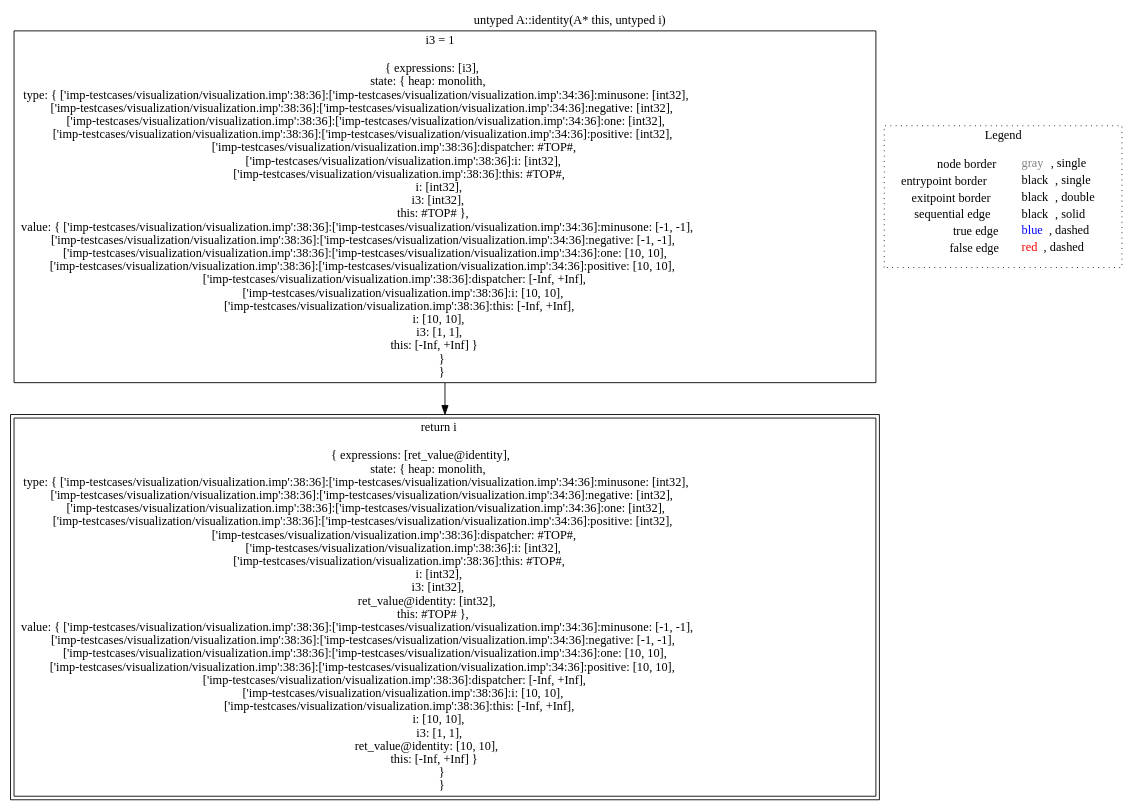
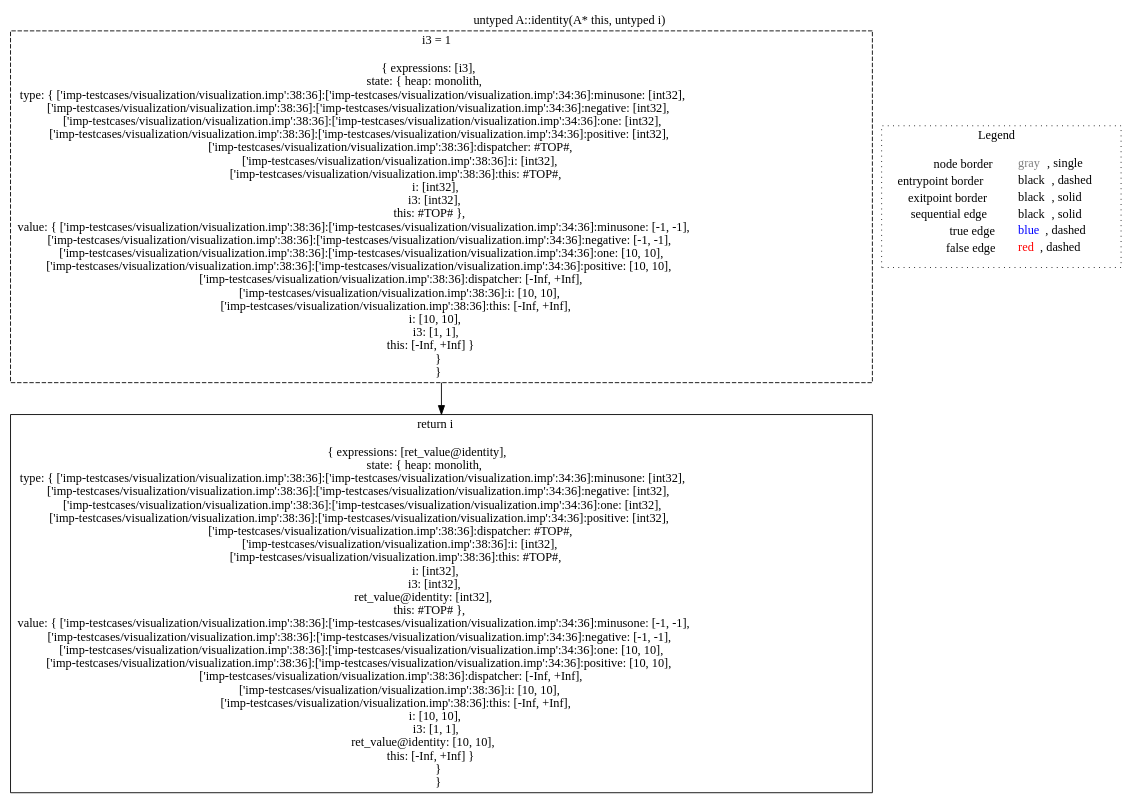
Before and after one commit to lisa-analyzer/lisa: the diagram in lisa/lisa-analyses/imp-testcases/visualization/dot/untyped_A.identity(A__this,_untyped_i)_-1081452707.dot, drawn with Graphviz. The commit also changed 60 other files, not shown here.

```diff
--- a/lisa/lisa-analyses/imp-testcases/visualization/dot/untyped_A.identity(A__this,_untyped_i)_-1081452707.dot
+++ b/lisa/lisa-analyses/imp-testcases/visualization/dot/untyped_A.identity(A__this,_untyped_i)_-1081452707.dot
@@ -1,14 +1,12 @@
-digraph {
-	labelloc="t";
-	label="untyped A::identity(A* this, untyped i)";
-	"node0" [shape="rect",color="black",label=<i3 = 1<BR/><BR/>{ expressions: [i3],<BR/>state: { heap: monolith,<BR/>type: { ['imp-testcases/visualization/visualization.imp':38:36]:['imp-testcases/visualization/visualization.imp':34:36]:minusone: [int32],<BR/>['imp-testcases/visualization/visualization.imp':38:36]:['imp-testcases/visualization/visualization.imp':34:36]:negative: [int32],<BR/>['imp-testcases/visualization/visualization.imp':38:36]:['imp-testcases/visualization/visualization.imp':34:36]:one: [int32],<BR/>['imp-testcases/visualization/visualization.imp':38:36]:['imp-testcases/visualization/visualization.imp':34:36]:positive: [int32],<BR/>['imp-testcases/visualization/visualization.imp':38:36]:dispatcher: #TOP#,<BR/>['imp-testcases/visualization/visualization.imp':38:36]:i: [int32],<BR/>['imp-testcases/visualization/visualization.imp':38:36]:this: #TOP#,<BR/>i: [int32],<BR/>i3: [int32],<BR/>this: #TOP# },<BR/>value: { ['imp-testcases/visualization/visualization.imp':38:36]:['imp-testcases/visualization/visualization.imp':34:36]:minusone: [-1, -1],<BR/>['imp-testcases/visualization/visualization.imp':38:36]:['imp-testcases/visualization/visualization.imp':34:36]:negative: [-1, -1],<BR/>['imp-testcases/visualization/visualization.imp':38:36]:['imp-testcases/visualization/visualization.imp':34:36]:one: [10, 10],<BR/>['imp-testcases/visualization/visualization.imp':38:36]:['imp-testcases/visualization/visualization.imp':34:36]:positive: [10, 10],<BR/>['imp-testcases/visualization/visualization.imp':38:36]:dispatcher: [-Inf, +Inf],<BR/>['imp-testcases/visualization/visualization.imp':38:36]:i: [10, 10],<BR/>['imp-testcases/visualization/visualization.imp':38:36]:this: [-Inf, +Inf],<BR/>i: [10, 10],<BR/>i3: [1, 1],<BR/>this: [-Inf, +Inf] }<BR/> }<BR/> }<BR/>>];
-	"node3" [shape="rect",color="black",peripheries="2",label=<return i<BR/><BR/>{ expressions: [ret_value@identity],<BR/>state: { heap: monolith,<BR/>type: { ['imp-testcases/visualization/visualization.imp':38:36]:['imp-testcases/visualization/visualization.imp':34:36]:minusone: [int32],<BR/>['imp-testcases/visualization/visualization.imp':38:36]:['imp-testcases/visualization/visualization.imp':34:36]:negative: [int32],<BR/>['imp-testcases/visualization/visualization.imp':38:36]:['imp-testcases/visualization/visualization.imp':34:36]:one: [int32],<BR/>['imp-testcases/visualization/visualization.imp':38:36]:['imp-testcases/visualization/visualization.imp':34:36]:positive: [int32],<BR/>['imp-testcases/visualization/visualization.imp':38:36]:dispatcher: #TOP#,<BR/>['imp-testcases/visualization/visualization.imp':38:36]:i: [int32],<BR/>['imp-testcases/visualization/visualization.imp':38:36]:this: #TOP#,<BR/>i: [int32],<BR/>i3: [int32],<BR/>ret_value@identity: [int32],<BR/>this: #TOP# },<BR/>value: { ['imp-testcases/visualization/visualization.imp':38:36]:['imp-testcases/visualization/visualization.imp':34:36]:minusone: [-1, -1],<BR/>['imp-testcases/visualization/visualization.imp':38:36]:['imp-testcases/visualization/visualization.imp':34:36]:negative: [-1, -1],<BR/>['imp-testcases/visualization/visualization.imp':38:36]:['imp-testcases/visualization/visualization.imp':34:36]:one: [10, 10],<BR/>['imp-testcases/visualization/visualization.imp':38:36]:['imp-testcases/visualization/visualization.imp':34:36]:positive: [10, 10],<BR/>['imp-testcases/visualization/visualization.imp':38:36]:dispatcher: [-Inf, +Inf],<BR/>['imp-testcases/visualization/visualization.imp':38:36]:i: [10, 10],<BR/>['imp-testcases/visualization/visualization.imp':38:36]:this: [-Inf, +Inf],<BR/>i: [10, 10],<BR/>i3: [1, 1],<BR/>ret_value@identity: [10, 10],<BR/>this: [-Inf, +Inf] }<BR/> }<BR/> }<BR/>>];
-	"node0" -> "node3" [color="black"];
-subgraph cluster_legend {
-	label="Legend";
-	style=dotted;
-	node [shape=plaintext];
-	"legend" [label=<<table border="0" cellpadding="2" cellspacing="0" cellborder="0"><tr><td align="right">node border&nbsp;</td><td align="left"><font color="gray">gray</font>, single</td></tr><tr><td align="right">entrypoint border&nbsp;</td><td align="left"><font color="black">black</font>, single</td></tr><tr><td align="right">exitpoint border&nbsp;</td><td align="left"><font color="black">black</font>, double</td></tr><tr><td align="right">sequential edge&nbsp;</td><td align="left"><font color="black">black</font>, solid</td></tr><tr><td align="right">true edge&nbsp;</td><td align="left"><font color="blue">blue</font>, dashed</td></tr><tr><td align="right">false edge&nbsp;</td><td align="left"><font color="red">red</font>, dashed</td></tr></table>>];
+digraph "untyped A::identity(A* this, untyped i)" {
+edge ["dir"="forward"]
+graph ["label"="untyped A::identity(A* this, untyped i)","labelloc"="t"]
+"node0" ["label"=<i3 = 1<br/><br/>{ expressions: [i3],<br/>state: { heap: monolith,<br/>type: { ['imp-testcases/visualization/visualization.imp':38:36]:['imp-testcases/visualization/visualization.imp':34:36]:minusone: [int32],<br/>['imp-testcases/visualization/visualization.imp':38:36]:['imp-testcases/visualization/visualization.imp':34:36]:negative: [int32],<br/>['imp-testcases/visualization/visualization.imp':38:36]:['imp-testcases/visualization/visualization.imp':34:36]:one: [int32],<br/>['imp-testcases/visualization/visualization.imp':38:36]:['imp-testcases/visualization/visualization.imp':34:36]:positive: [int32],<br/>['imp-testcases/visualization/visualization.imp':38:36]:dispatcher: #TOP#,<br/>['imp-testcases/visualization/visualization.imp':38:36]:i: [int32],<br/>['imp-testcases/visualization/visualization.imp':38:36]:this: #TOP#,<br/>i: [int32],<br/>i3: [int32],<br/>this: #TOP# },<br/>value: { ['imp-testcases/visualization/visualization.imp':38:36]:['imp-testcases/visualization/visualization.imp':34:36]:minusone: [-1, -1],<br/>['imp-testcases/visualization/visualization.imp':38:36]:['imp-testcases/visualization/visualization.imp':34:36]:negative: [-1, -1],<br/>['imp-testcases/visualization/visualization.imp':38:36]:['imp-testcases/visualization/visualization.imp':34:36]:one: [10, 10],<br/>['imp-testcases/visualization/visualization.imp':38:36]:['imp-testcases/visualization/visualization.imp':34:36]:positive: [10, 10],<br/>['imp-testcases/visualization/visualization.imp':38:36]:dispatcher: [-Inf, +Inf],<br/>['imp-testcases/visualization/visualization.imp':38:36]:i: [10, 10],<br/>['imp-testcases/visualization/visualization.imp':38:36]:this: [-Inf, +Inf],<br/>i: [10, 10],<br/>i3: [1, 1],<br/>this: [-Inf, +Inf] }<br/> }<br/> }<br/>>,"shape"="rect","id"="node0","color"="black","style"="dashed"]
+"node3" ["label"=<return i<br/><br/>{ expressions: [ret_value@identity],<br/>state: { heap: monolith,<br/>type: { ['imp-testcases/visualization/visualization.imp':38:36]:['imp-testcases/visualization/visualization.imp':34:36]:minusone: [int32],<br/>['imp-testcases/visualization/visualization.imp':38:36]:['imp-testcases/visualization/visualization.imp':34:36]:negative: [int32],<br/>['imp-testcases/visualization/visualization.imp':38:36]:['imp-testcases/visualization/visualization.imp':34:36]:one: [int32],<br/>['imp-testcases/visualization/visualization.imp':38:36]:['imp-testcases/visualization/visualization.imp':34:36]:positive: [int32],<br/>['imp-testcases/visualization/visualization.imp':38:36]:dispatcher: #TOP#,<br/>['imp-testcases/visualization/visualization.imp':38:36]:i: [int32],<br/>['imp-testcases/visualization/visualization.imp':38:36]:this: #TOP#,<br/>i: [int32],<br/>i3: [int32],<br/>ret_value@identity: [int32],<br/>this: #TOP# },<br/>value: { ['imp-testcases/visualization/visualization.imp':38:36]:['imp-testcases/visualization/visualization.imp':34:36]:minusone: [-1, -1],<br/>['imp-testcases/visualization/visualization.imp':38:36]:['imp-testcases/visualization/visualization.imp':34:36]:negative: [-1, -1],<br/>['imp-testcases/visualization/visualization.imp':38:36]:['imp-testcases/visualization/visualization.imp':34:36]:one: [10, 10],<br/>['imp-testcases/visualization/visualization.imp':38:36]:['imp-testcases/visualization/visualization.imp':34:36]:positive: [10, 10],<br/>['imp-testcases/visualization/visualization.imp':38:36]:dispatcher: [-Inf, +Inf],<br/>['imp-testcases/visualization/visualization.imp':38:36]:i: [10, 10],<br/>['imp-testcases/visualization/visualization.imp':38:36]:this: [-Inf, +Inf],<br/>i: [10, 10],<br/>i3: [1, 1],<br/>ret_value@identity: [10, 10],<br/>this: [-Inf, +Inf] }<br/> }<br/> }<br/>>,"shape"="rect","id"="node3","color"="black"]
+subgraph "cluster_legend" {
+edge ["dir"="none"]
+graph ["label"=<Legend>,"style"="dotted"]
+"legend" ["label"=<<table border="0" cellpadding="2" cellspacing="0" cellborder="0"><tr><td align="right">node border&nbsp;</td><td align="left"><font color="gray">gray</font>, single</td></tr><tr><td align="right">entrypoint border&nbsp;</td><td align="left"><font color="black">black</font>, dashed</td></tr><tr><td align="right">exitpoint border&nbsp;</td><td align="left"><font color="black">black</font>, solid</td></tr><tr><td align="right">sequential edge&nbsp;</td><td align="left"><font color="black">black</font>, solid</td></tr><tr><td align="right">true edge&nbsp;</td><td align="left"><font color="blue">blue</font>, dashed</td></tr><tr><td align="right">false edge&nbsp;</td><td align="left"><font color="red">red</font>, dashed</td></tr></table>>,"shape"="none"]
 }
-
+"node0" -> "node3" ["color"="black"]
 }
```
